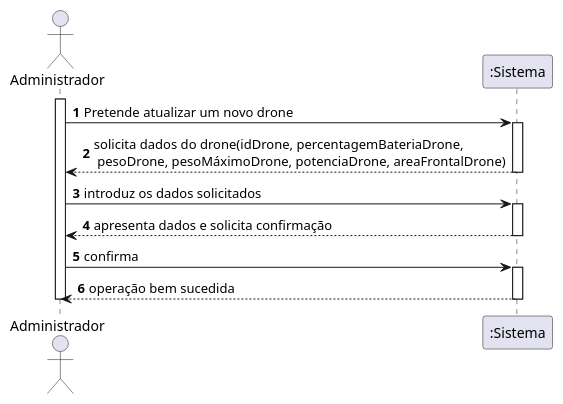
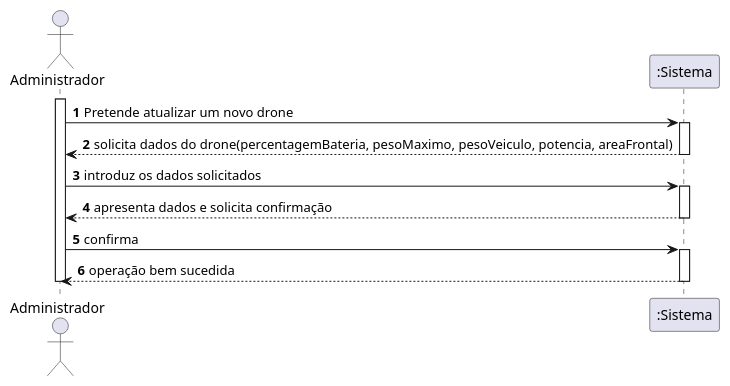
Before and after one commit to pedrolemos4/LAPR3: the diagram in docs/UC174/AtualizarDroneSSD.puml, drawn with PlantUML. The commit also changed 7 other files, not shown here.

```diff
--- a/docs/UC174/AtualizarDroneSSD.puml
+++ b/docs/UC174/AtualizarDroneSSD.puml
@@ -1,23 +1,23 @@
 @startuml
 autonumber
 actor "Administrador" as UNR
 
 activate UNR
 UNR -> ":Sistema" : Pretende atualizar um novo drone
 activate ":Sistema"
-":Sistema" --> UNR : solicita dados do drone(idDrone, percentagemBateriaDrone,\n pesoDrone, pesoMáximoDrone, potenciaDrone, areaFrontalDrone)
+":Sistema" --> UNR : solicita dados do drone(percentagemBateria, pesoMaximo, pesoVeiculo, potencia, areaFrontal)
 deactivate ":Sistema"
 
 
 UNR -> ":Sistema" : introduz os dados solicitados
 activate ":Sistema"
 ":Sistema" --> UNR : apresenta dados e solicita confirmação
 deactivate ":Sistema"
 
 UNR -> ":Sistema" : confirma
 activate ":Sistema"
 ":Sistema" --> UNR : operação bem sucedida
 deactivate ":Sistema"
 
 deactivate UNR
 @enduml
```
